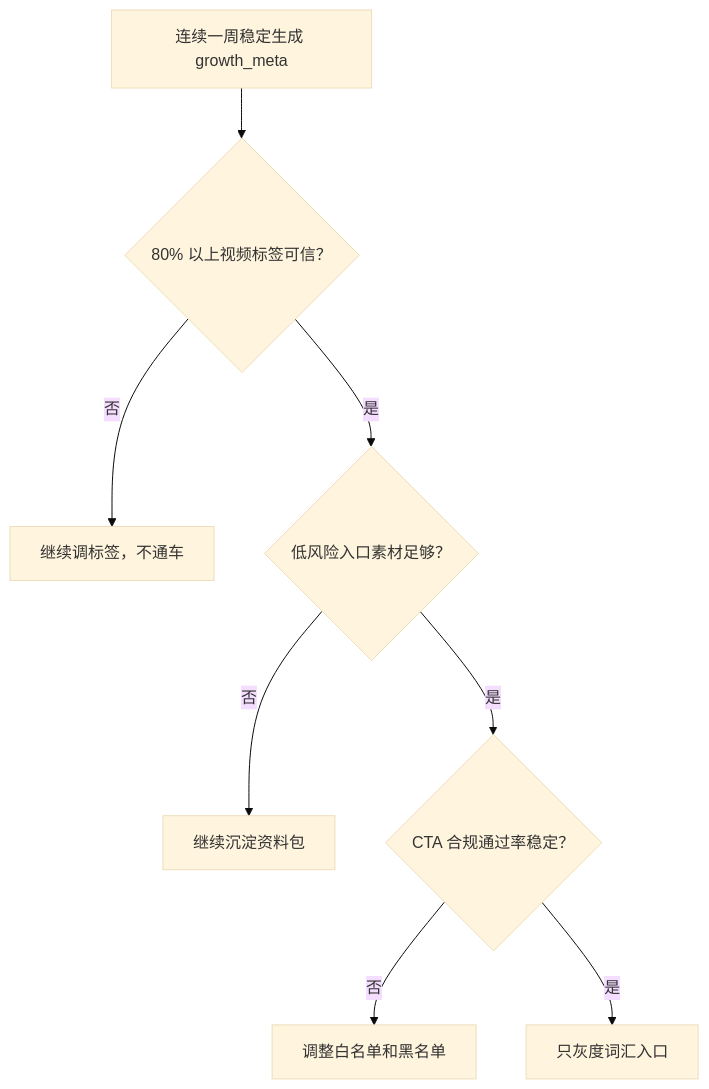
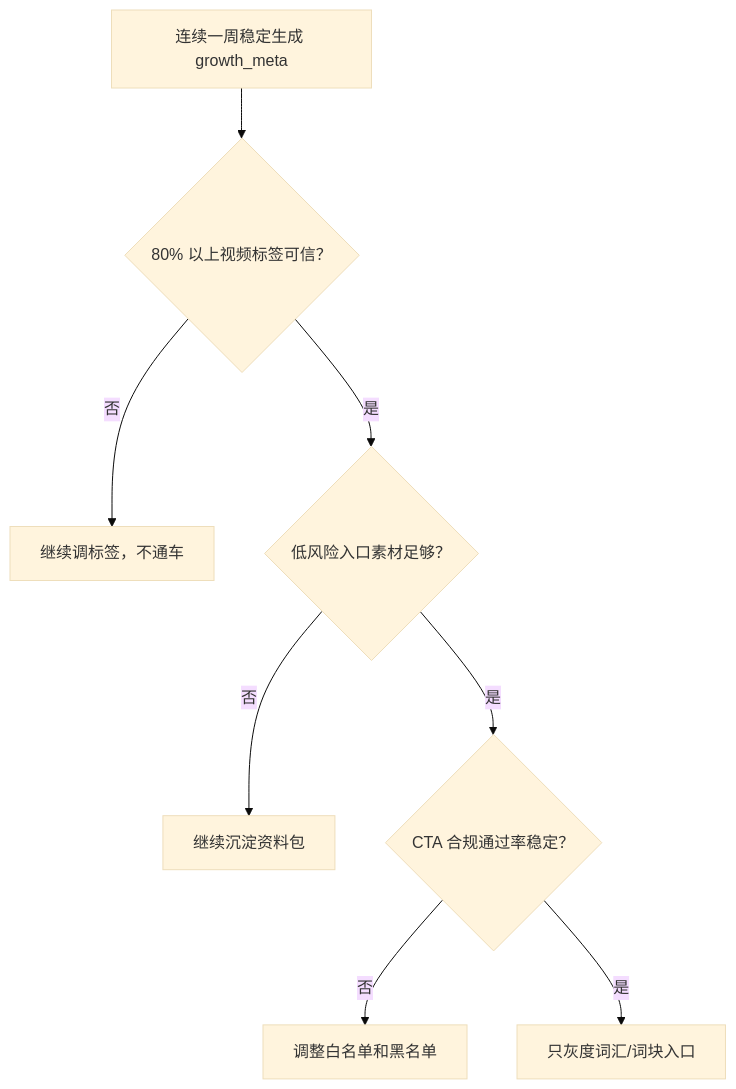
The eighth of 8 diagrams in docs/guides/private_domain_underwater_roadmap.md (xytime/video-progress-bar-cli), drawn with Mermaid (base theme) before and after one commit. The commit also changed other lines of this file and 21 other files, not shown here.

````diff
--- a/docs/guides/private_domain_underwater_roadmap.md
+++ b/docs/guides/private_domain_underwater_roadmap.md
@@ -295,10 +344,10 @@
 ```mermaid
 flowchart TD
     A["连续一周稳定生成 growth_meta"] --> B{"80% 以上视频标签可信？"}
     B -- "否" --> C["继续调标签，不通车"]
     B -- "是" --> D{"低风险入口素材足够？"}
     D -- "否" --> E["继续沉淀资料包"]
     D -- "是" --> F{"CTA 合规通过率稳定？"}
     F -- "否" --> G["调整白名单和黑名单"]
-    F -- "是" --> H["只灰度词汇入口"]
+    F -- "是" --> H["只灰度词汇/词块入口"]
 ```
````
